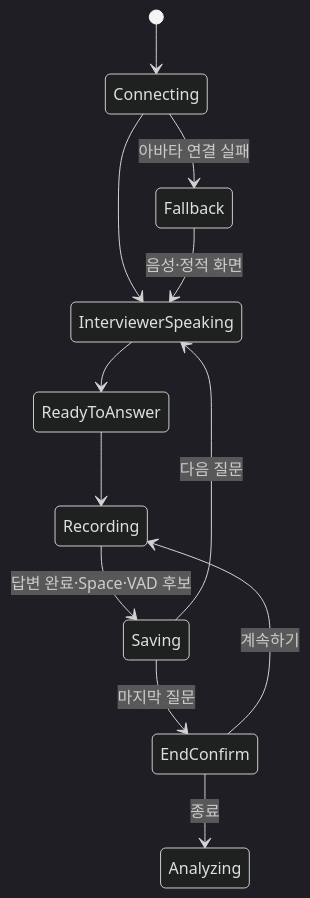
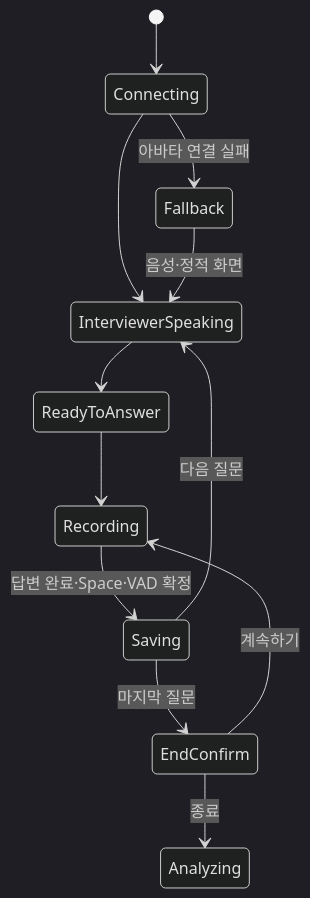
One commit to kasic2014/FaceFit changed the second of 2 diagrams in docs/product/05_FaceFit_유저플로우.md. Above: the diagram before and after it, drawn with Mermaid (dark theme). The commit also changed other lines of this file and 120 other files, not shown here.

````diff
--- a/docs/product/05_FaceFit_유저플로우.md
+++ b/docs/product/05_FaceFit_유저플로우.md
@@ -63,14 +63,14 @@
 ```mermaid
 stateDiagram-v2
   [*] --> Connecting
   Connecting --> InterviewerSpeaking
   InterviewerSpeaking --> ReadyToAnswer
   ReadyToAnswer --> Recording
-  Recording --> Saving: 답변 완료·Space·VAD 후보
+  Recording --> Saving: 답변 완료·Space·VAD 확정
   Saving --> InterviewerSpeaking: 다음 질문
   Saving --> EndConfirm: 마지막 질문
   EndConfirm --> Recording: 계속하기
   EndConfirm --> Analyzing: 종료
   Connecting --> Fallback: 아바타 연결 실패
   Fallback --> InterviewerSpeaking: 음성·정적 화면
 ```
````
